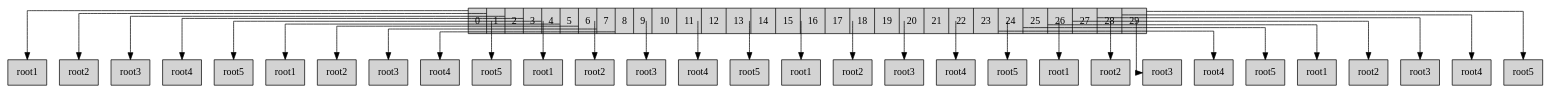
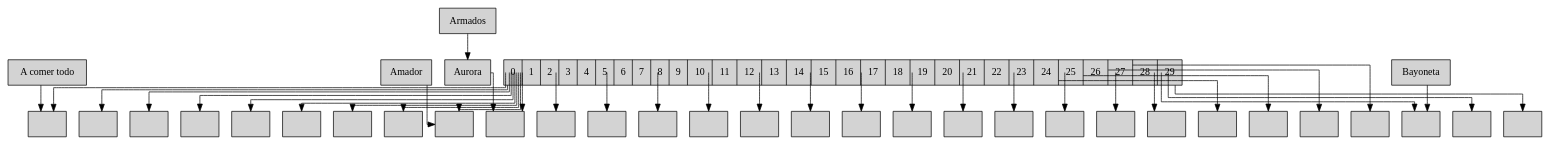
The diagram in graphviz/LL.dot (troscar/EDD_VirtualMall_201610654), drawn with Graphviz before and after one commit. The commit also changed 7 other files, not shown here.

```diff
--- a/graphviz/LL.dot
+++ b/graphviz/LL.dot
@@ -1,66 +1,76 @@
 digraph G {
     node[style="filled",shape= "record"]
     graph[splines = "ortho"]
 
  node1[label=" <f0> 0 |  <f1> 1 |  <f2> 2 |  <f3> 3 |  <f4> 4 |  <f5> 5 |  <f6> 6 |  <f7> 7 |  <f8> 8 |  <f9> 9 |  <f10> 10 |  <f11> 11 |  <f12> 12 |  <f13> 13 |  <f14> 14 |  <f15> 15 |  <f16> 16 |  <f17> 17 |  <f18> 18 |  <f19> 19 |  <f20> 20 |  <f21> 21 |  <f22> 22 |  <f23> 23 |  <f24> 24 |  <f25> 25 |  <f26> 26 |  <f27> 27 |  <f28> 28 |  <f29> 29"]
-nodo0l0[label="root1"]
+nodo0l0[label=""]
 node1:f0 -> nodo0l0
-nodo1l0[label="root2"]
+nodo1l0[label=""]
 node1:f1 -> nodo1l0
-nodo2l0[label="root3"]
+nodo2l0[label=""]
 node1:f2 -> nodo2l0
-nodo3l0[label="root4"]
+nodo3l0[label=""]
 node1:f3 -> nodo3l0
-nodo4l0[label="root5"]
+nodo4l0[label=""]
 node1:f4 -> nodo4l0
-nodo5l0[label="root1"]
+nodo4l1[label="A comer todo"]
+nodo4l1->nodo4l0
+nodo5l0[label=""]
 node1:f5 -> nodo5l0
-nodo6l0[label="root2"]
+nodo6l0[label=""]
 node1:f6 -> nodo6l0
-nodo7l0[label="root3"]
+nodo7l0[label=""]
 node1:f7 -> nodo7l0
-nodo8l0[label="root4"]
+nodo8l0[label=""]
 node1:f8 -> nodo8l0
-nodo9l0[label="root5"]
+nodo8l1[label="Amador"]
+nodo8l1->nodo8l0
+nodo9l0[label=""]
 node1:f9 -> nodo9l0
-nodo10l0[label="root1"]
+nodo9l1[label="Aurora"]
+nodo9l1->nodo9l0
+nodo9l2[label="Armados"]
+nodo9l2->nodo9l1
+nodo10l0[label=""]
 node1:f10 -> nodo10l0
-nodo11l0[label="root2"]
+nodo11l0[label=""]
 node1:f11 -> nodo11l0
-nodo12l0[label="root3"]
+nodo12l0[label=""]
 node1:f12 -> nodo12l0
-nodo13l0[label="root4"]
+nodo13l0[label=""]
 node1:f13 -> nodo13l0
-nodo14l0[label="root5"]
+nodo14l0[label=""]
 node1:f14 -> nodo14l0
-nodo15l0[label="root1"]
+nodo15l0[label=""]
 node1:f15 -> nodo15l0
-nodo16l0[label="root2"]
+nodo16l0[label=""]
 node1:f16 -> nodo16l0
-nodo17l0[label="root3"]
+nodo17l0[label=""]
 node1:f17 -> nodo17l0
-nodo18l0[label="root4"]
+nodo18l0[label=""]
 node1:f18 -> nodo18l0
-nodo19l0[label="root5"]
+nodo19l0[label=""]
 node1:f19 -> nodo19l0
-nodo20l0[label="root1"]
+nodo19l1[label="Bayoneta"]
+nodo19l1->nodo19l0
+nodo20l0[label=""]
 node1:f20 -> nodo20l0
-nodo21l0[label="root2"]
+nodo21l0[label=""]
 node1:f21 -> nodo21l0
-nodo22l0[label="root3"]
+nodo22l0[label=""]
 node1:f22 -> nodo22l0
-nodo23l0[label="root4"]
+nodo23l0[label=""]
 node1:f23 -> nodo23l0
-nodo24l0[label="root5"]
+nodo24l0[label=""]
 node1:f24 -> nodo24l0
-nodo25l0[label="root1"]
+nodo25l0[label=""]
 node1:f25 -> nodo25l0
-nodo26l0[label="root2"]
+nodo26l0[label=""]
 node1:f26 -> nodo26l0
-nodo27l0[label="root3"]
+nodo27l0[label=""]
 node1:f27 -> nodo27l0
-nodo28l0[label="root4"]
+nodo28l0[label=""]
 node1:f28 -> nodo28l0
-nodo29l0[label="root5"]
+nodo29l0[label=""]
 node1:f29 -> nodo29l0
 }
```
